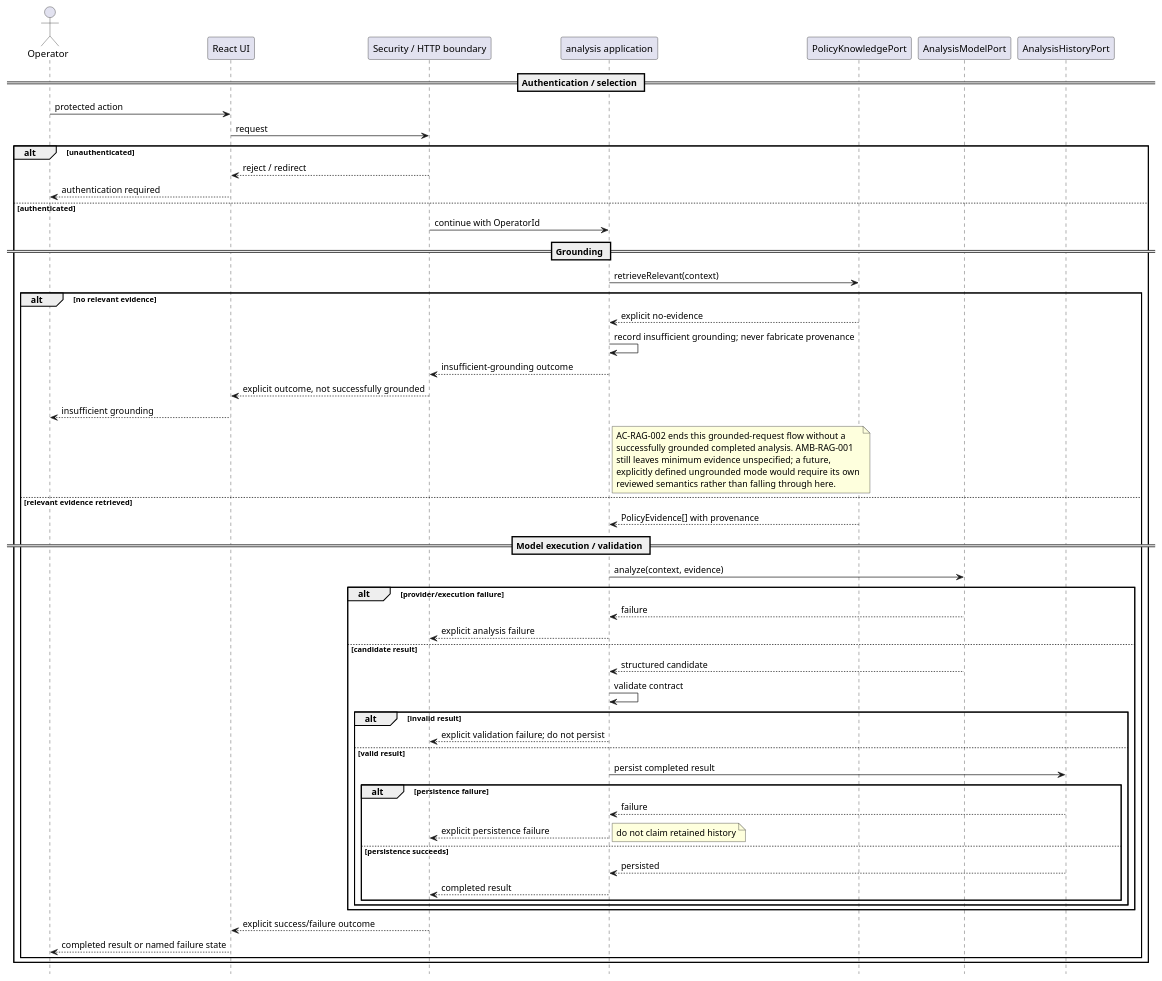
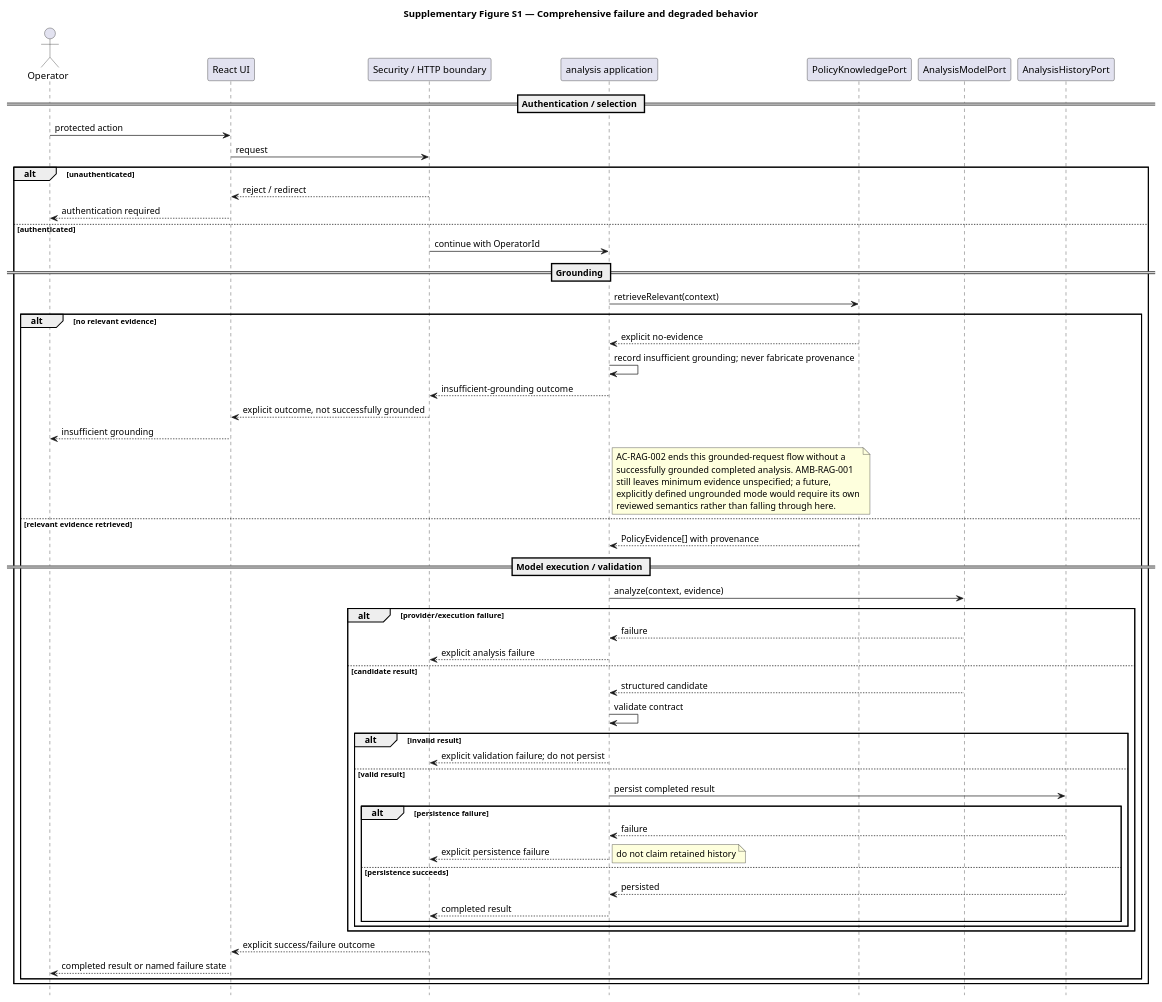
The diagram in docs/assignment/SDD/diagrams/sequence-failure-modes.puml (jdoe-dev-159753/specgraph-reference-app), drawn with PlantUML before and after one commit.

Commit message:
docs: name supplementary failure sequence

```diff
--- a/docs/assignment/SDD/diagrams/sequence-failure-modes.puml
+++ b/docs/assignment/SDD/diagrams/sequence-failure-modes.puml
@@ -1,64 +1,65 @@
 @startuml
+title Supplementary Figure S1 — Comprehensive failure and degraded behavior
 hide footbox
 actor Operator
 participant "React UI" as UI
 participant "Security / HTTP boundary" as Boundary
 participant "analysis application" as Analysis
 participant "PolicyKnowledgePort" as Policy
 participant "AnalysisModelPort" as Model
 participant "AnalysisHistoryPort" as History
 
 == Authentication / selection ==
 Operator -> UI : protected action
 UI -> Boundary : request
 alt unauthenticated
   Boundary --> UI : reject / redirect
   UI --> Operator : authentication required
 else authenticated
   Boundary -> Analysis : continue with OperatorId
 
   == Grounding ==
   Analysis -> Policy : retrieveRelevant(context)
   alt no relevant evidence
     Policy --> Analysis : explicit no-evidence
     Analysis -> Analysis : record insufficient grounding; never fabricate provenance
     Analysis --> Boundary : insufficient-grounding outcome
     Boundary --> UI : explicit outcome, not successfully grounded
     UI --> Operator : insufficient grounding
     note right of Analysis
       AC-RAG-002 ends this grounded-request flow without a
       successfully grounded completed analysis. AMB-RAG-001
       still leaves minimum evidence unspecified; a future,
       explicitly defined ungrounded mode would require its own
       reviewed semantics rather than falling through here.
     end note
   else relevant evidence retrieved
     Policy --> Analysis : PolicyEvidence[] with provenance
 
     == Model execution / validation ==
     Analysis -> Model : analyze(context, evidence)
     alt provider/execution failure
       Model --> Analysis : failure
       Analysis --> Boundary : explicit analysis failure
     else candidate result
       Model --> Analysis : structured candidate
       Analysis -> Analysis : validate contract
       alt invalid result
         Analysis --> Boundary : explicit validation failure; do not persist
       else valid result
         Analysis -> History : persist completed result
         alt persistence failure
           History --> Analysis : failure
           Analysis --> Boundary : explicit persistence failure
           note right: do not claim retained history
         else persistence succeeds
           History --> Analysis : persisted
           Analysis --> Boundary : completed result
         end
       end
     end
     Boundary --> UI : explicit success/failure outcome
     UI --> Operator : completed result or named failure state
   end
 end
 @enduml
```
